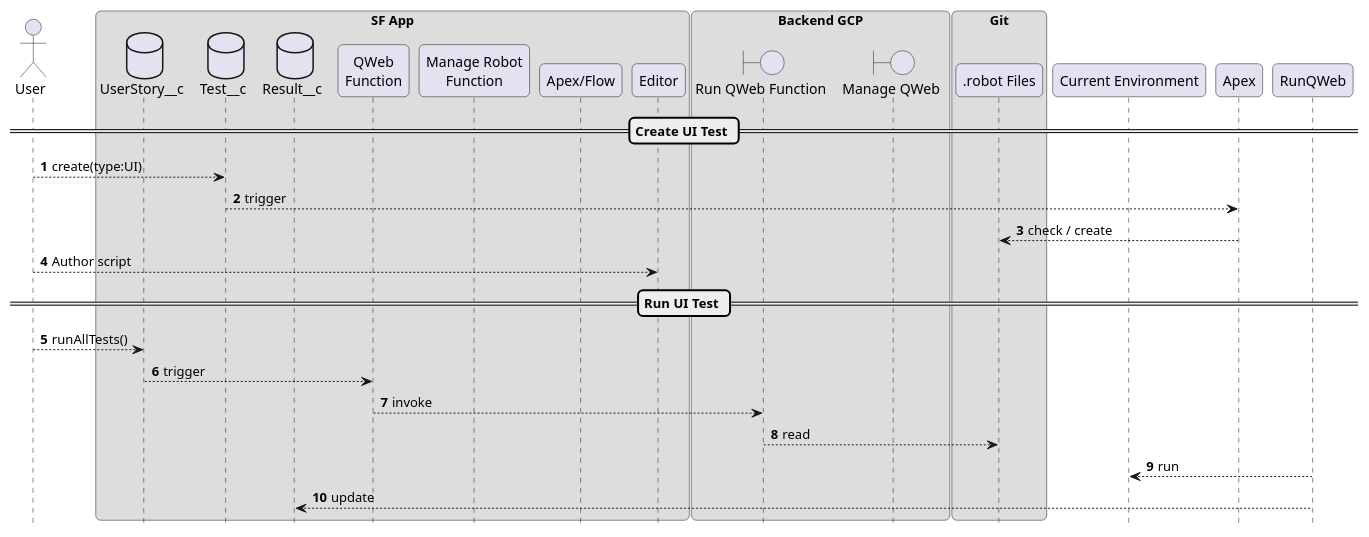
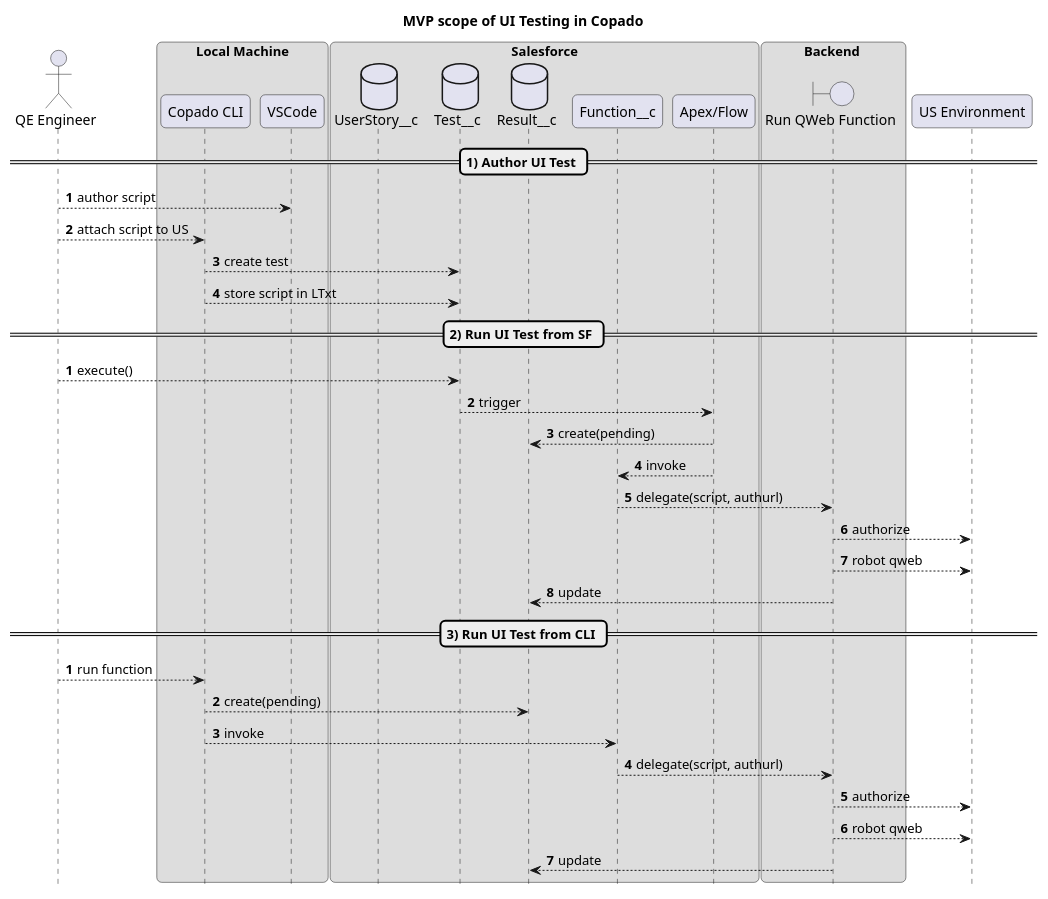
One commit to rsoesemann/salesforce-recipes changed the diagram in .copado/uitest-flow.plantuml. Above: the diagram before and after it, drawn with PlantUML. The commit also changed 1 other file, not shown here.

Commit message:
Plantuml

```diff
--- a/.copado/uitest-flow.plantuml
+++ b/.copado/uitest-flow.plantuml
@@ -1,44 +1,57 @@
-@startuml name qweb happypath
-autonumber
+@startuml
+
+title "MVP scope of UI Testing in Copado"
+
 skinparam roundCorner 10
 hide footbox
 
-actor user as "User"
+actor user as "QE Engineer"
 
-box "SF App"
+box "Local Machine"
+    participant cli as "Copado CLI"
+    participant vs as "VSCode"
+end box
+
+box "Salesforce"
     database story as "UserStory__c"
     database test as "Test__c"
     database result as "Result__c"
-    participant runfunc as "QWeb\nFunction"
-    participant manageFunc as "Manage Robot\nFunction"
+    participant runfunc as "Function__c"
     participant code as "Apex/Flow"
-    participant Editor
 end box
 
-box "Backend GCP"
+box "Backend "
    boundary RunQweb as "Run QWeb Function"
-   boundary ManageQWeb as "Manage QWeb"
 end box
 
-box "Git"
-    participant robots as ".robot Files"
-end box
+participant env as "US Environment"
 
-participant env as "Current Environment"
+== 1) Author UI Test ==
+autonumber
+user --> vs : author script
+user --> cli : attach script to US
+cli  --> test : create test 
+cli --> test : store script in LTxt
 
-== Create UI Test ==
-user --> test : create(type:UI)
-test --> Apex : trigger
-Apex --> robots : check / create
-user --> Editor : Author script
+== 2) Run UI Test from SF ==
+autonumber
+user --> test : execute()
+test --> code : trigger
+code --> result : create(pending)
+code --> runfunc : invoke
+runfunc --> RunQweb : delegate(script, authurl)
+RunQweb --> env : authorize
+RunQweb --> env : robot qweb
+RunQweb --> result : update
 
-== Run UI Test ==
-
-user --> story : runAllTests()
-story --> runfunc : trigger
-runfunc --> RunQweb : invoke
-RunQweb --> robots : read
-RunQWeb --> env : run
-RunQWeb --> result : update
+== 3) Run UI Test from CLI ==
+autonumber
+user --> cli : run function
+cli --> result : create(pending)
+cli --> runfunc : invoke
+runfunc --> RunQweb : delegate(script, authurl)
+RunQweb --> env : authorize
+RunQweb --> env : robot qweb
+RunQweb --> result : update
 
 @enduml
```
